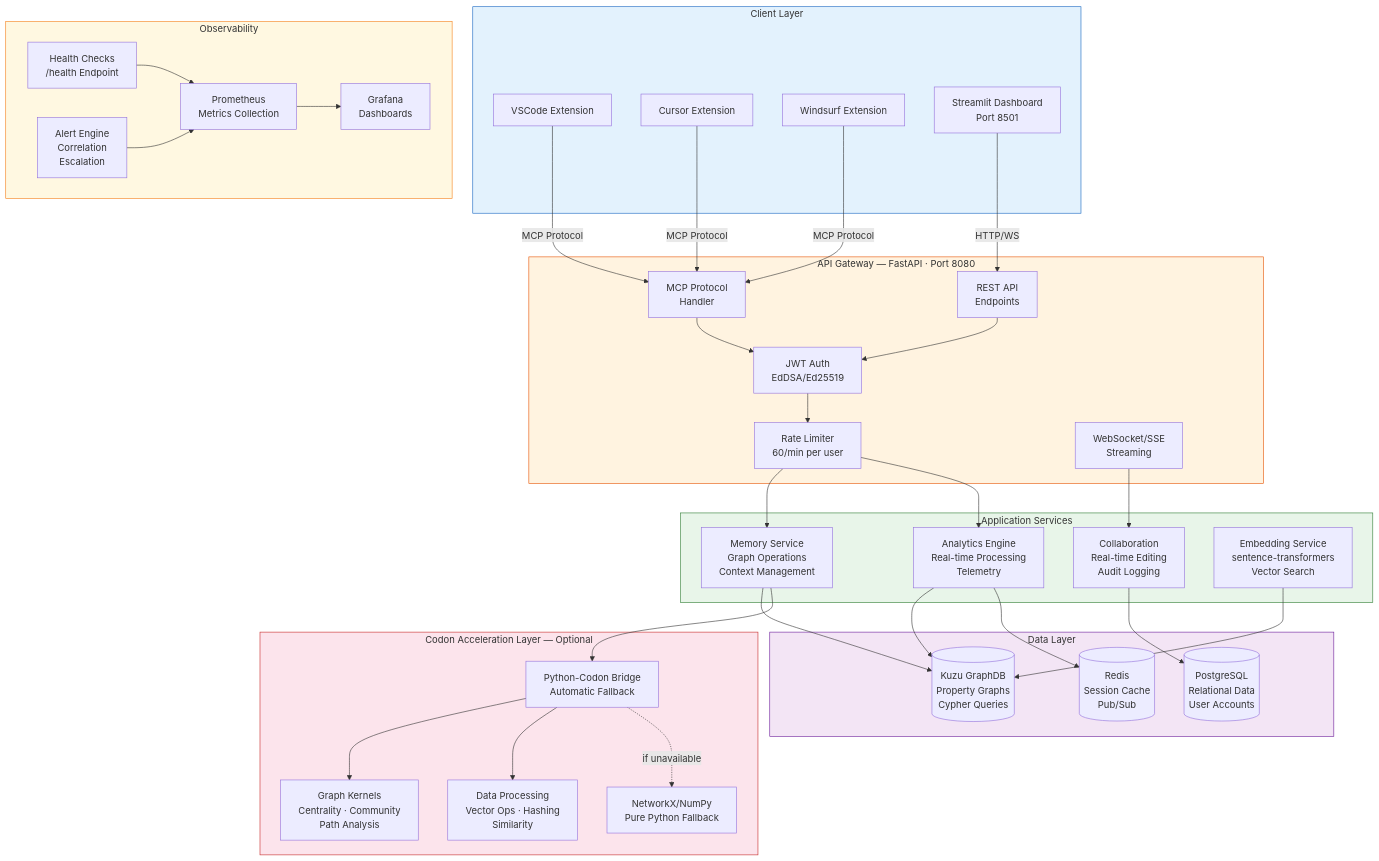
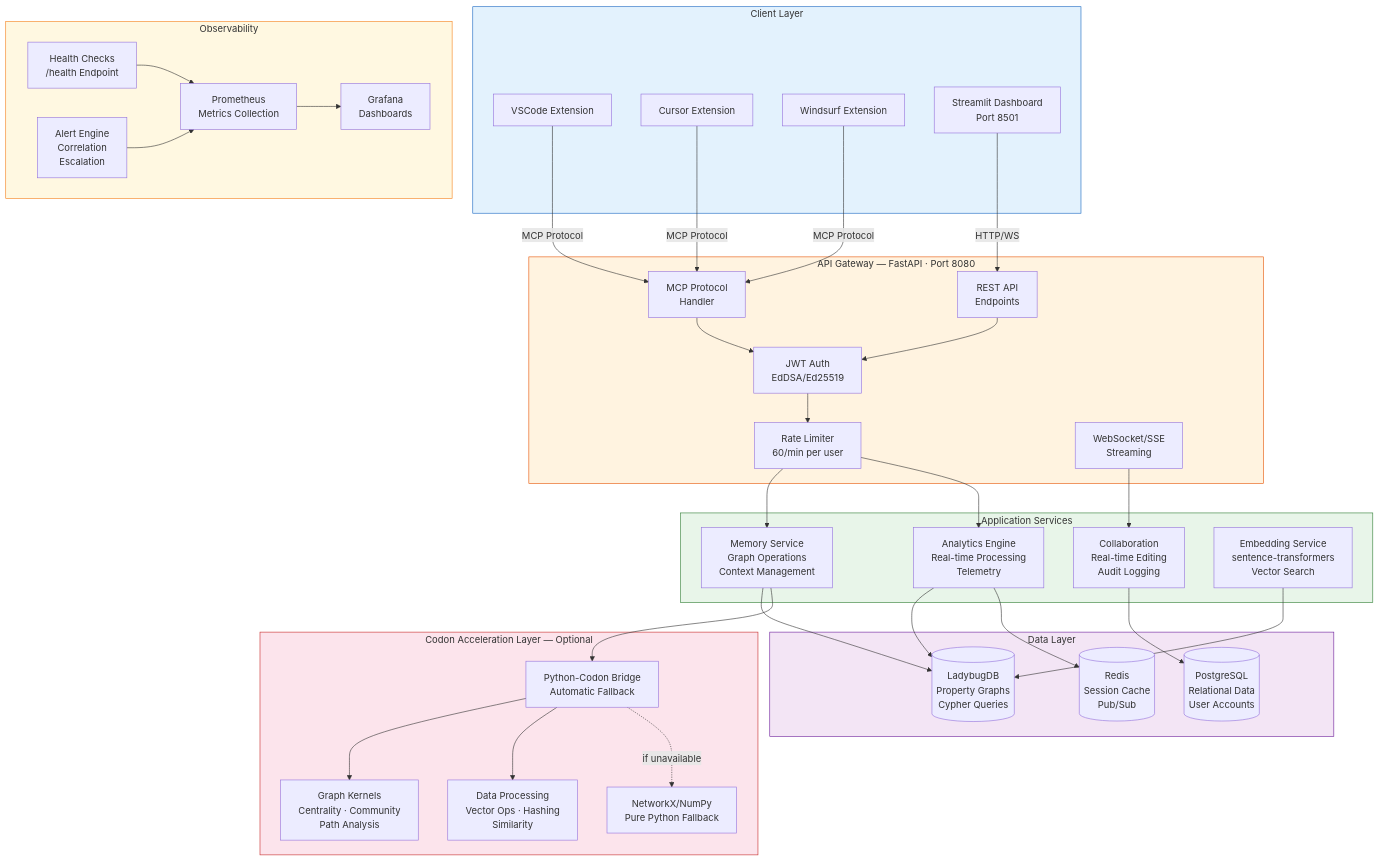
The first of 6 diagrams in docs/architecture/ARCHITECTURE_OVERVIEW.md (elementalcollision/GraphMemory-IDE), drawn with Mermaid before and after one commit. The commit also changed other lines of this file and 120 other files, not shown here.

First line of the commit message:
Kuzu → LadybugDB migration (Phases 0–9 + follow-up) (#4)

````diff
--- a/docs/architecture/ARCHITECTURE_OVERVIEW.md
+++ b/docs/architecture/ARCHITECTURE_OVERVIEW.md
@@ -20,76 +20,76 @@
 ```mermaid
 flowchart TB
     subgraph clients["Client Layer"]
         VSCODE["VSCode Extension"]
         CURSOR["Cursor Extension"]
         WINDSURF["Windsurf Extension"]
         DASHBOARD["Streamlit Dashboard\nPort 8501"]
     end
 
     subgraph gateway["API Gateway — FastAPI · Port 8080"]
         AUTH["JWT Auth\nEdDSA/Ed25519"]
         RATE["Rate Limiter\n60/min per user"]
         MCP["MCP Protocol\nHandler"]
         REST["REST API\nEndpoints"]
         WS["WebSocket/SSE\nStreaming"]
     end
 
     subgraph core["Application Services"]
         MEMORY["Memory Service\nGraph Operations\nContext Management"]
         ANALYTICS["Analytics Engine\nReal-time Processing\nTelemetry"]
         COLLAB["Collaboration\nReal-time Editing\nAudit Logging"]
         EMBEDDINGS["Embedding Service\nsentence-transformers\nVector Search"]
     end
 
     subgraph acceleration["Codon Acceleration Layer — Optional"]
         BRIDGE["Python-Codon Bridge\nAutomatic Fallback"]
         KERNELS["Graph Kernels\nCentrality · Community\nPath Analysis"]
         DATAOPS["Data Processing\nVector Ops · Hashing\nSimilarity"]
         FALLBACK["NetworkX/NumPy\nPure Python Fallback"]
     end
 
     subgraph data["Data Layer"]
-        KUZU[("Kuzu GraphDB\nProperty Graphs\nCypher Queries")]
+        LADYBUG[("LadybugDB\nProperty Graphs\nCypher Queries")]
         PG[("PostgreSQL\nRelational Data\nUser Accounts")]
         REDIS[("Redis\nSession Cache\nPub/Sub")]
     end
 
     subgraph monitoring["Observability"]
         PROM["Prometheus\nMetrics Collection"]
         GRAFANA["Grafana\nDashboards"]
         HEALTH["Health Checks\n/health Endpoint"]
         ALERTS["Alert Engine\nCorrelation\nEscalation"]
     end
 
     VSCODE & CURSOR & WINDSURF -->|MCP Protocol| MCP
     DASHBOARD -->|HTTP/WS| REST
 
     MCP --> AUTH
     REST --> AUTH
     AUTH --> RATE
     RATE --> MEMORY
     RATE --> ANALYTICS
     WS --> COLLAB
 
-    MEMORY --> KUZU
+    MEMORY --> LADYBUG
     MEMORY --> BRIDGE
-    ANALYTICS --> KUZU
+    ANALYTICS --> LADYBUG
     ANALYTICS --> REDIS
-    EMBEDDINGS --> KUZU
+    EMBEDDINGS --> LADYBUG
     COLLAB --> PG
 
     BRIDGE --> KERNELS
     BRIDGE --> DATAOPS
     BRIDGE -.->|if unavailable| FALLBACK
 
     PROM --> GRAFANA
     HEALTH --> PROM
     ALERTS --> PROM
 
     style clients fill:#e3f2fd,stroke:#1565c0
     style gateway fill:#fff3e0,stroke:#e65100
     style core fill:#e8f5e9,stroke:#2e7d32
     style acceleration fill:#fce4ec,stroke:#c62828
     style data fill:#f3e5f5,stroke:#6a1b9a
     style monitoring fill:#fff8e1,stroke:#f57f17
 ```
````
